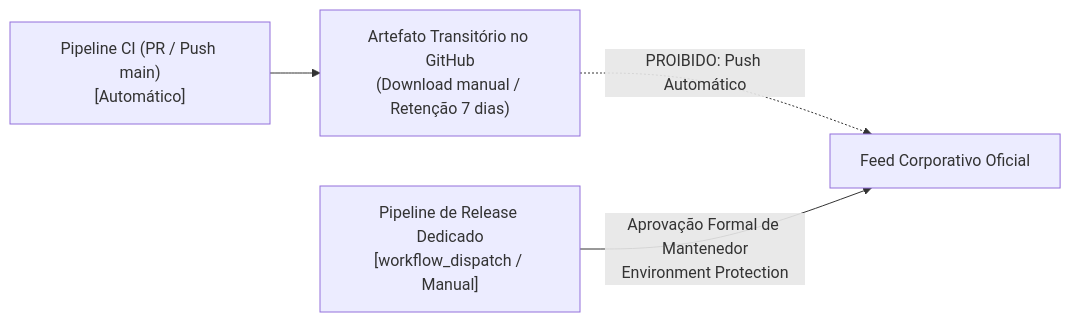
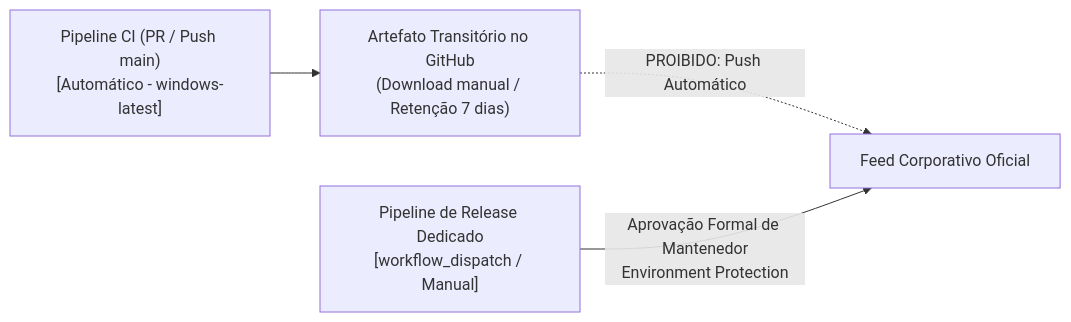
One commit to softprime/Softprime.Framework changed the third of 3 diagrams in docs/ci-pipeline-spec.md. Above: the diagram before and after it, drawn with Mermaid. The commit also changed other lines of this file and 2 other files, not shown here.

Commit message:
docs(ci): simplificar pipeline de CI para topologia unificada 100% Windows (#8)

````diff
--- a/docs/ci-pipeline-spec.md
+++ b/docs/ci-pipeline-spec.md
@@ -256,7 +251,7 @@
 ```mermaid
 flowchart LR
-    CI["Pipeline CI (PR / Push main)\n[Automático]"] --> Artifact["Artefato Transitório no GitHub\n(Download manual / Retenção 7 dias)"]
+    CI["Pipeline CI (PR / Push main)\n[Automático - windows-latest]"] --> Artifact["Artefato Transitório no GitHub\n(Download manual / Retenção 7 dias)"]
     Artifact -.->|PROIBIDO: Push Automático| FeedProd["Feed Corporativo Oficial"]
 
     ReleaseWorkflow["Pipeline de Release Dedicado\n[workflow_dispatch / Manual]"] -->|Aprovação Formal de Mantenedor\nEnvironment Protection| FeedProd
 ```
````
